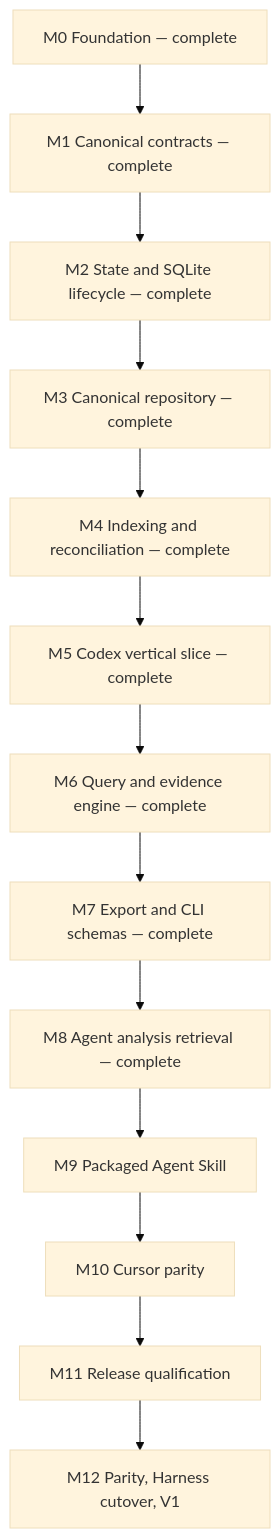
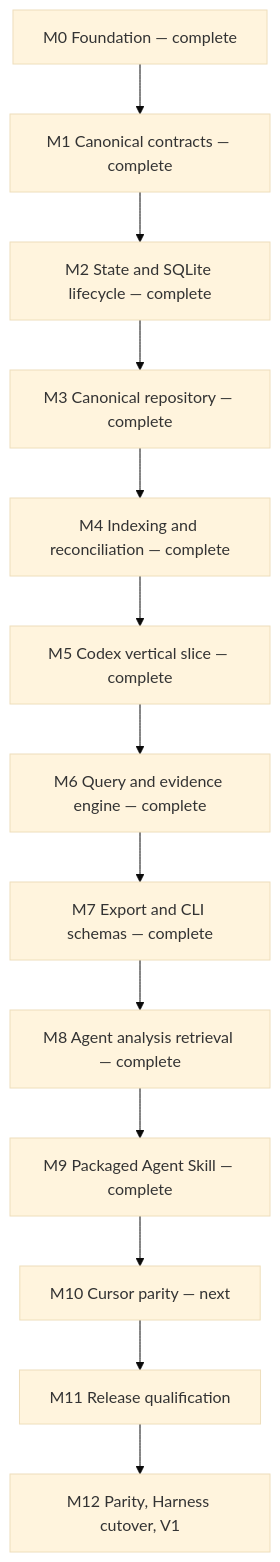
One commit to ferueda/sessions changed the diagram in dev/plans/260713-v1-implementation-roadmap.md. Above: the diagram before and after it, drawn with Mermaid (base theme). The commit also changed other lines of this file and 10 other files, not shown here.

Commit message:
docs: document Sessions Agent Skill

````diff
--- a/dev/plans/260713-v1-implementation-roadmap.md
+++ b/dev/plans/260713-v1-implementation-roadmap.md
@@ -111,15 +114,15 @@
 ```mermaid
 flowchart TD
   M0["M0 Foundation — complete"] --> M1["M1 Canonical contracts — complete"]
   M1 --> M2["M2 State and SQLite lifecycle — complete"]
   M2 --> M3["M3 Canonical repository — complete"]
   M3 --> M4["M4 Indexing and reconciliation — complete"]
   M4 --> M5["M5 Codex vertical slice — complete"]
   M5 --> M6["M6 Query and evidence engine — complete"]
   M6 --> M7["M7 Export and CLI schemas — complete"]
   M7 --> M8["M8 Agent analysis retrieval — complete"]
-  M8 --> M9["M9 Packaged Agent Skill"]
-  M9 --> M10["M10 Cursor parity"]
+  M8 --> M9["M9 Packaged Agent Skill — complete"]
+  M9 --> M10["M10 Cursor parity — next"]
   M10 --> M11["M11 Release qualification"]
   M11 --> M12["M12 Parity, Harness cutover, V1"]
 ```
````
